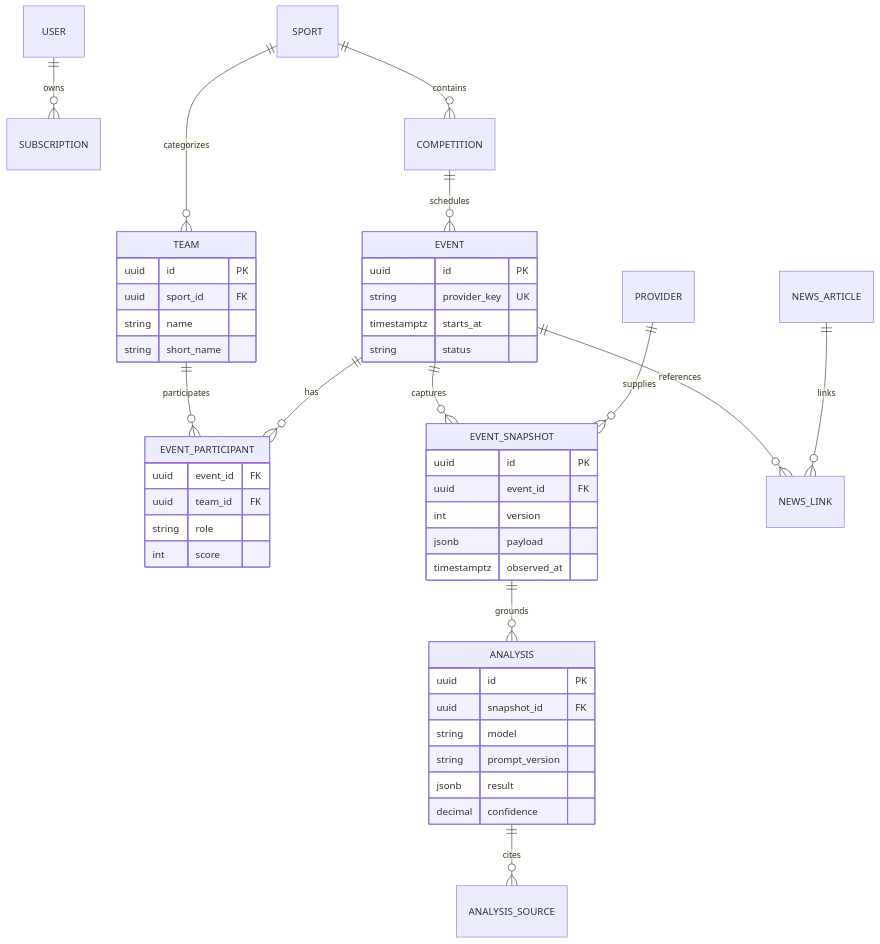
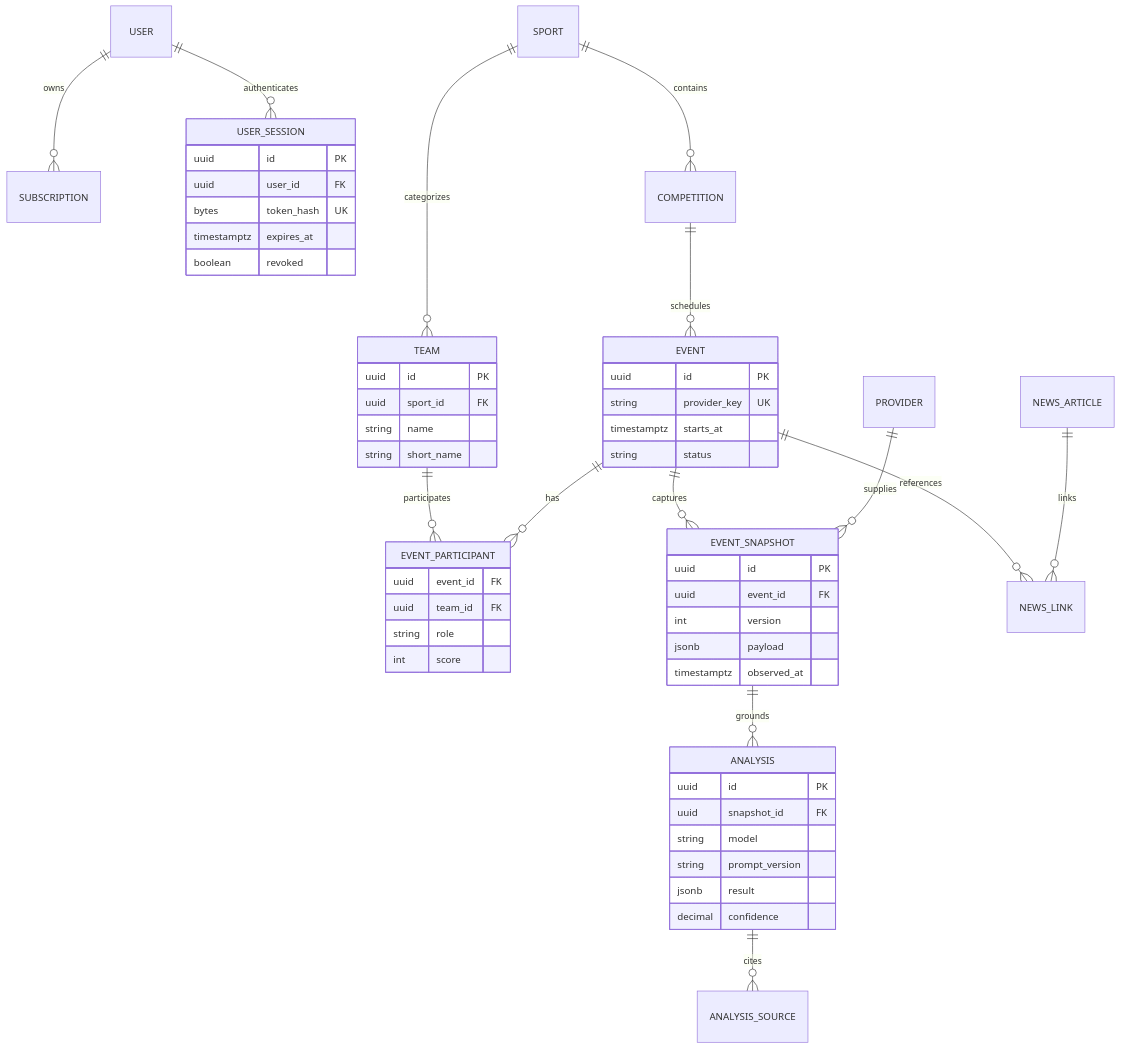
Before and after one commit to Serega000777/bet.score: the diagram in docs/DATA_MODEL.md, drawn with Mermaid. The commit also changed 33 other files, not shown here.

````diff
--- a/docs/DATA_MODEL.md
+++ b/docs/DATA_MODEL.md
@@ -3,49 +3,57 @@
 ```mermaid
 erDiagram
   USER ||--o{ SUBSCRIPTION : owns
+  USER ||--o{ USER_SESSION : authenticates
   SPORT ||--o{ COMPETITION : contains
   COMPETITION ||--o{ EVENT : schedules
   SPORT ||--o{ TEAM : categorizes
   TEAM ||--o{ EVENT_PARTICIPANT : participates
   EVENT ||--o{ EVENT_PARTICIPANT : has
   EVENT ||--o{ EVENT_SNAPSHOT : captures
   EVENT ||--o{ NEWS_LINK : references
   NEWS_ARTICLE ||--o{ NEWS_LINK : links
   EVENT_SNAPSHOT ||--o{ ANALYSIS : grounds
   ANALYSIS ||--o{ ANALYSIS_SOURCE : cites
   PROVIDER ||--o{ EVENT_SNAPSHOT : supplies
 
   EVENT {
     uuid id PK
     string provider_key UK
     timestamptz starts_at
     string status
+  }
+  USER_SESSION {
+    uuid id PK
+    uuid user_id FK
+    bytes token_hash UK
+    timestamptz expires_at
+    boolean revoked
   }
   TEAM {
     uuid id PK
     uuid sport_id FK
     string name
     string short_name
   }
   EVENT_PARTICIPANT {
     uuid event_id FK
     uuid team_id FK
     string role
     int score
   }
   EVENT_SNAPSHOT {
     uuid id PK
     uuid event_id FK
     int version
     jsonb payload
     timestamptz observed_at
   }
   ANALYSIS {
     uuid id PK
     uuid snapshot_id FK
     string model
     string prompt_version
     jsonb result
     decimal confidence
   }
 ```
````
